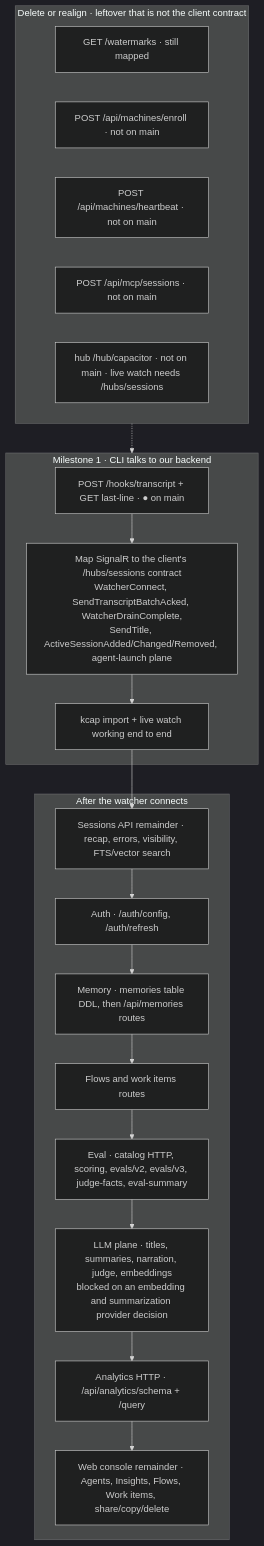
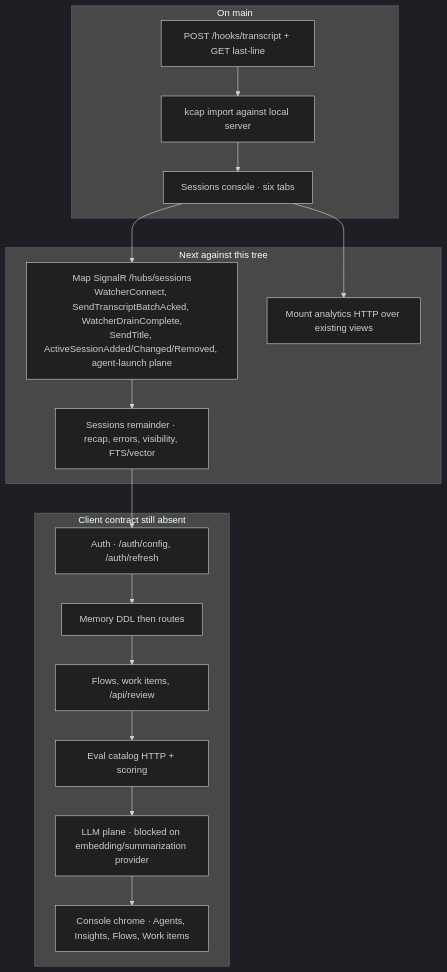
The third of 3 diagrams in reference/REPLICATION-MAP-2026-09-04.md (MooseGooseConsulting/capacitor), drawn with Mermaid (dark theme) before and after one commit. The commit also changed other lines of this file and 6 other files, not shown here.

First line of the commit message:
Lead the replication map with what landed on main

````diff
--- a/reference/REPLICATION-MAP-2026-09-04.md
+++ b/reference/REPLICATION-MAP-2026-09-04.md
@@ -200,27 +192,25 @@
 ```mermaid
 flowchart TB
-  subgraph realign [Delete or realign · leftover that is not the client contract]
-    R1["GET /watermarks · still mapped"]
-    R2["POST /api/machines/enroll · not on main"]
-    R3["POST /api/machines/heartbeat · not on main"]
-    R4["POST /api/mcp/sessions · not on main"]
-    R5["hub /hub/capacitor · not on main · live watch needs /hubs/sessions"]
+  subgraph done [On main]
+    T["POST /hooks/transcript + GET last-line"]
+    IMP["kcap import against local server"]
+    WEB["Sessions console · six tabs"]
+    T --> IMP --> WEB
   end
-  subgraph m1 [Milestone 1 · CLI talks to our backend]
-    T["POST /hooks/transcript + GET last-line · ● on main"]
-    HUB["Map SignalR to the client's /hubs/sessions contract<br/>WatcherConnect, SendTranscriptBatchAcked, WatcherDrainComplete,<br/>SendTitle, ActiveSessionAdded/Changed/Removed, agent-launch plane"]
-    IMP["kcap import + live watch working end to end"]
+  subgraph next [Next against this tree]
+    HUB["Map SignalR /hubs/sessions<br/>WatcherConnect, SendTranscriptBatchAcked, WatcherDrainComplete,<br/>SendTitle, ActiveSessionAdded/Changed/Removed, agent-launch plane"]
+    ANH["Mount analytics HTTP over existing views"]
+    S["Sessions remainder · recap, errors, visibility, FTS/vector"]
   end
-  subgraph rest [After the watcher connects]
-    S["Sessions API remainder · recap, errors, visibility, FTS/vector search"]
+  subgraph later [Client contract still absent]
     A["Auth · /auth/config, /auth/refresh"]
-    MEM["Memory · memories table DDL, then /api/memories routes"]
-    F["Flows and work items routes"]
-    E["Eval · catalog HTTP, scoring, evals/v2, evals/v3, judge-facts, eval-summary"]
-    L["LLM plane · titles, summaries, narration, judge, embeddings<br/>blocked on an embedding and summarization provider decision"]
-    ANH["Analytics HTTP · /api/analytics/schema + /query"]
-    W["Web console remainder · Agents, Insights, Flows, Work items, share/copy/delete"]
+    MEM["Memory DDL then routes"]
+    F["Flows, work items, /api/review"]
+    E["Eval catalog HTTP + scoring"]
+    L["LLM plane · blocked on embedding/summarization provider"]
+    W["Console chrome · Agents, Insights, Flows, Work items"]
   end
-  realign -.-> m1
-  T --> HUB --> IMP --> S --> A --> MEM --> F --> E --> L --> ANH --> W
+  WEB --> HUB
+  WEB --> ANH
+  HUB --> S --> A --> MEM --> F --> E --> L --> W
 ```
````
